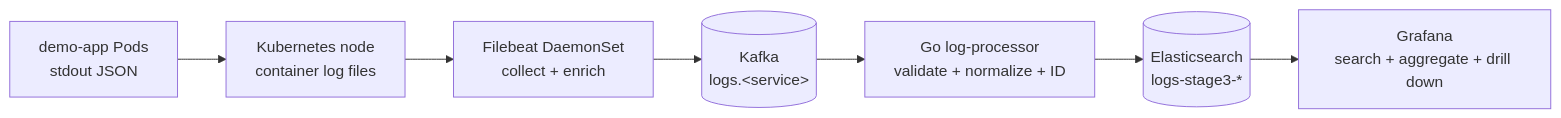
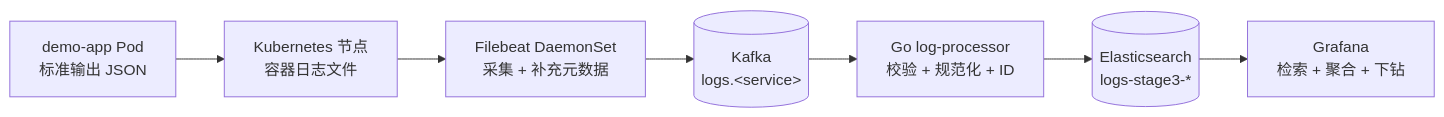
The diagram in docs/architecture.md (Donking-36/distributed-log-platform), drawn with Mermaid before and after one commit. The commit also changed other lines of this file and 7 other files, not shown here.

````diff
--- a/docs/architecture.md
+++ b/docs/architecture.md
@@ -28,12 +25,12 @@
 ```mermaid
 flowchart LR
-    A["demo-app Pods<br/>stdout JSON"]
-    N["Kubernetes node<br/>container log files"]
-    F["Filebeat DaemonSet<br/>collect + enrich"]
+    A["demo-app Pod<br/>标准输出 JSON"]
+    N["Kubernetes 节点<br/>容器日志文件"]
+    F["Filebeat DaemonSet<br/>采集 + 补充元数据"]
     K[("Kafka<br/>logs.&lt;service&gt;")]
-    P["Go log-processor<br/>validate + normalize + ID"]
+    P["Go log-processor<br/>校验 + 规范化 + ID"]
     E[("Elasticsearch<br/>logs-stage3-*")]
-    G["Grafana<br/>search + aggregate + drill down"]
+    G["Grafana<br/>检索 + 聚合 + 下钻"]
 
     A --> N --> F --> K --> P --> E --> G
 ```
````
